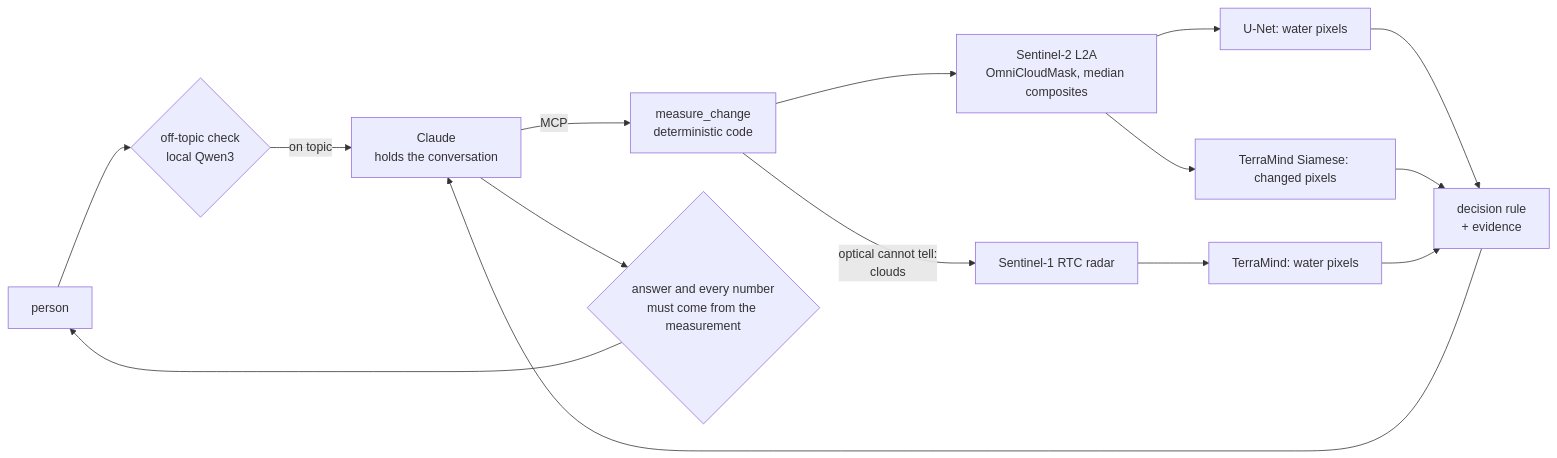
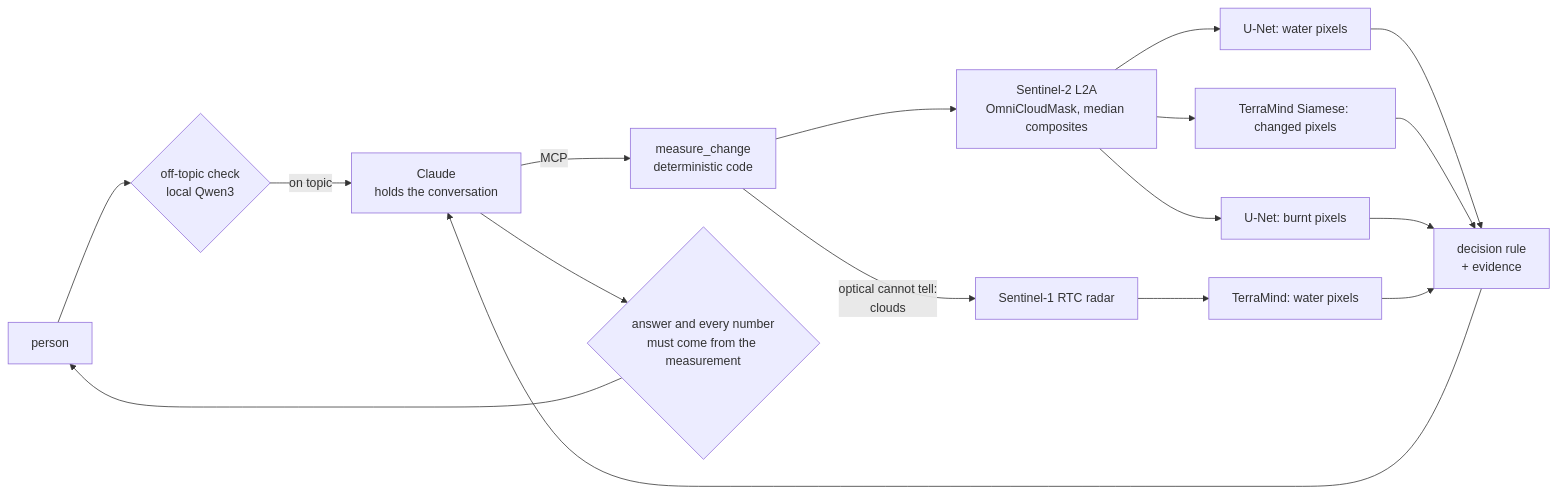
One commit to deltasata/satellite-change-agent changed the diagram in README.md. Above: the diagram before and after it, drawn with Mermaid. The commit also changed other lines of this file and 17 other files, not shown here.

````diff
--- a/README.md
+++ b/README.md
@@ -50,17 +53,19 @@
 ```mermaid
 flowchart LR
     P[person] --> S{off-topic check<br/>local Qwen3}
     S -->|on topic| C[Claude<br/>holds the conversation]
     C -->|MCP| M[measure_change<br/>deterministic code]
     M --> O[Sentinel-2 L2A<br/>OmniCloudMask, median composites]
     O --> U[U-Net: water pixels]
     M -->|optical cannot tell:<br/>clouds| R[Sentinel-1 RTC radar]
     R --> T[TerraMind: water pixels]
     O --> V[TerraMind Siamese: changed pixels]
+    O --> B[U-Net: burnt pixels]
     U --> D[decision rule<br/>+ evidence]
     V --> D
+    B --> D
     T --> D
     D --> C
     C --> K{answer and every number<br/>must come from the measurement}
     K --> P
 ```
````
